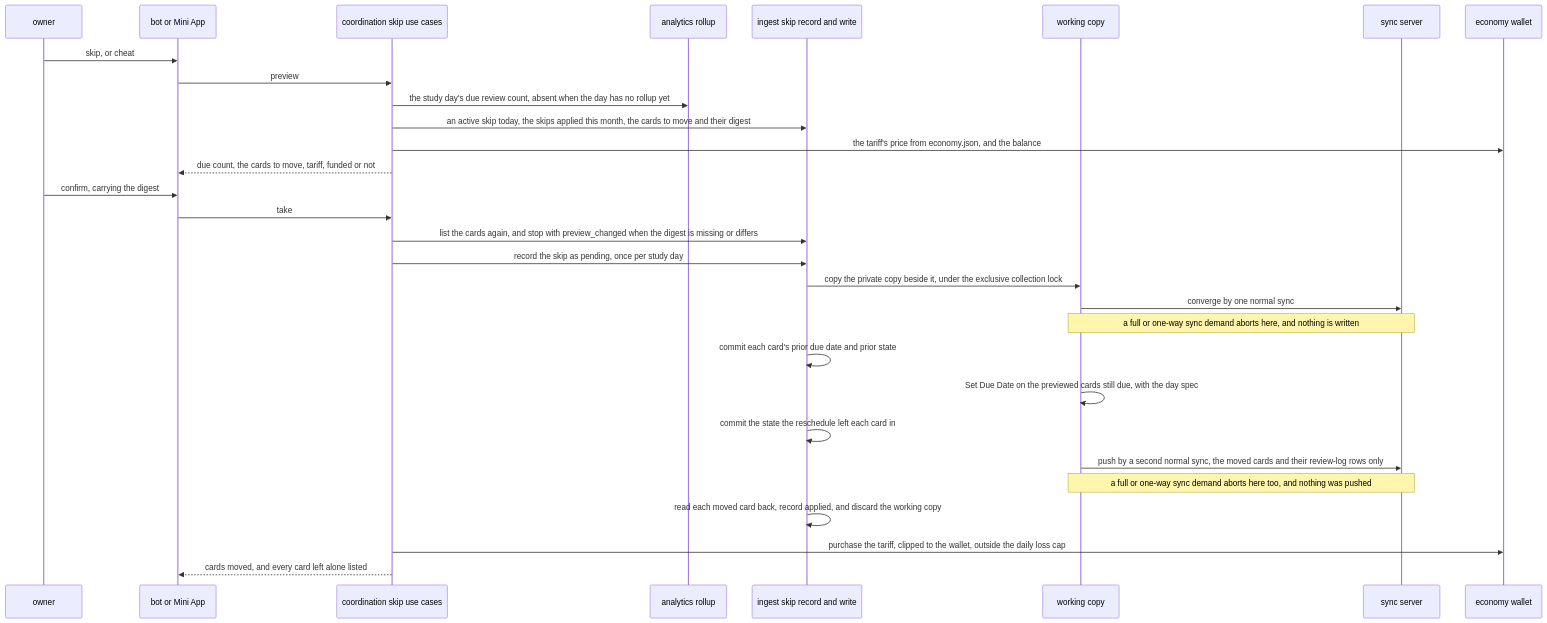
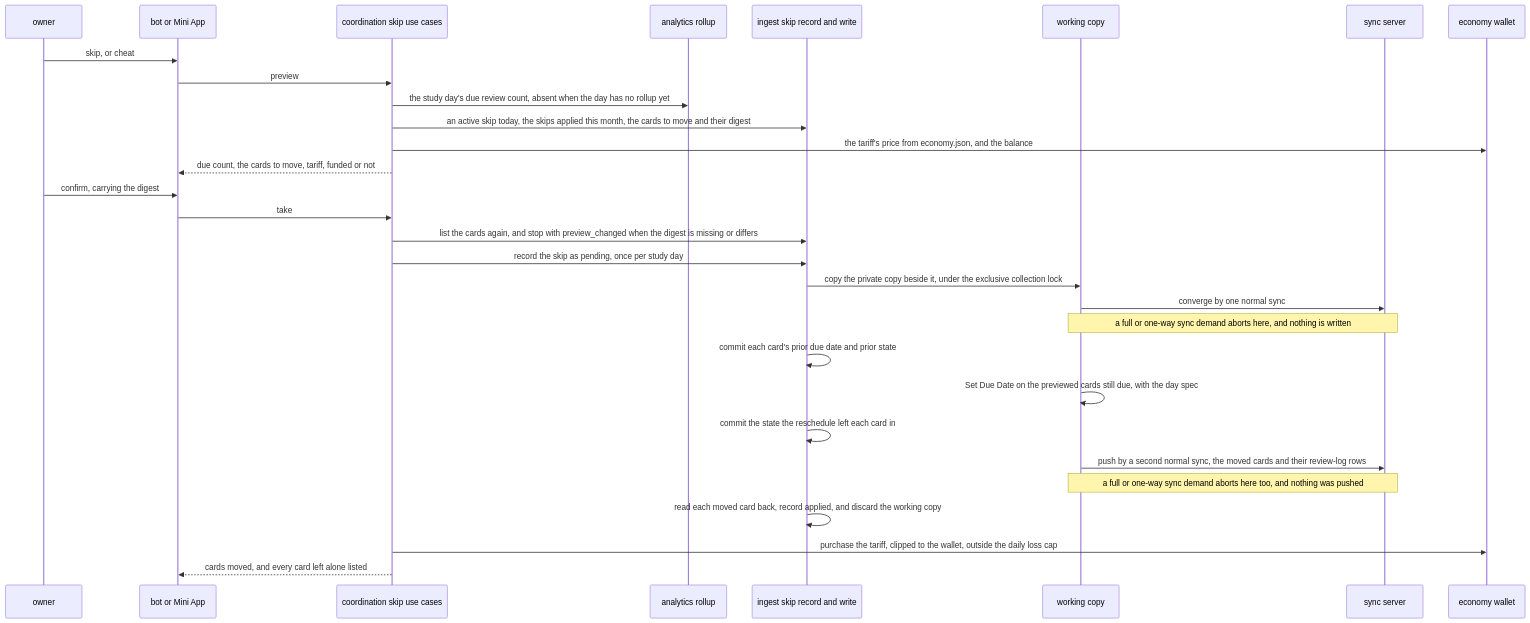
The first of 4 diagrams in docs/schematics/skip-day-record-and-effects.md (RexRenatus/deck-streak), drawn with Mermaid before and after one commit. The commit also changed other lines of this file, not shown here.

First line of the commit message:
docs(schematic): show the settings a push carries and a lost answer

````diff
--- a/docs/schematics/skip-day-record-and-effects.md
+++ b/docs/schematics/skip-day-record-and-effects.md
@@ -17,32 +17,32 @@
 ```mermaid
 sequenceDiagram
   participant O as owner
   participant S as bot or Mini App
   participant C as coordination skip use cases
   participant A as analytics rollup
   participant I as ingest skip record and write
   participant W as working copy
   participant V as sync server
   participant E as economy wallet
   O->>S: skip, or cheat
   S->>C: preview
   C->>A: the study day's due review count, absent when the day has no rollup yet
   C->>I: an active skip today, the skips applied this month, the cards to move and their digest
   C->>E: the tariff's price from economy.json, and the balance
   C-->>S: due count, the cards to move, tariff, funded or not
   O->>S: confirm, carrying the digest
   S->>C: take
   C->>I: list the cards again, and stop with preview_changed when the digest is missing or differs
   C->>I: record the skip as pending, once per study day
   I->>W: copy the private copy beside it, under the exclusive collection lock
   W->>V: converge by one normal sync
   Note over W,V: a full or one-way sync demand aborts here, and nothing is written
   I->>I: commit each card's prior due date and prior state
   W->>W: Set Due Date on the previewed cards still due, with the day spec
   I->>I: commit the state the reschedule left each card in
-  W->>V: push by a second normal sync, the moved cards and their review-log rows only
+  W->>V: push by a second normal sync, the moved cards and their review-log rows
   Note over W,V: a full or one-way sync demand aborts here too, and nothing was pushed
   I->>I: read each moved card back, record applied, and discard the working copy
   C->>E: purchase the tariff, clipped to the wallet, outside the daily loss cap
   C-->>S: cards moved, and every card left alone listed
 ```
````
